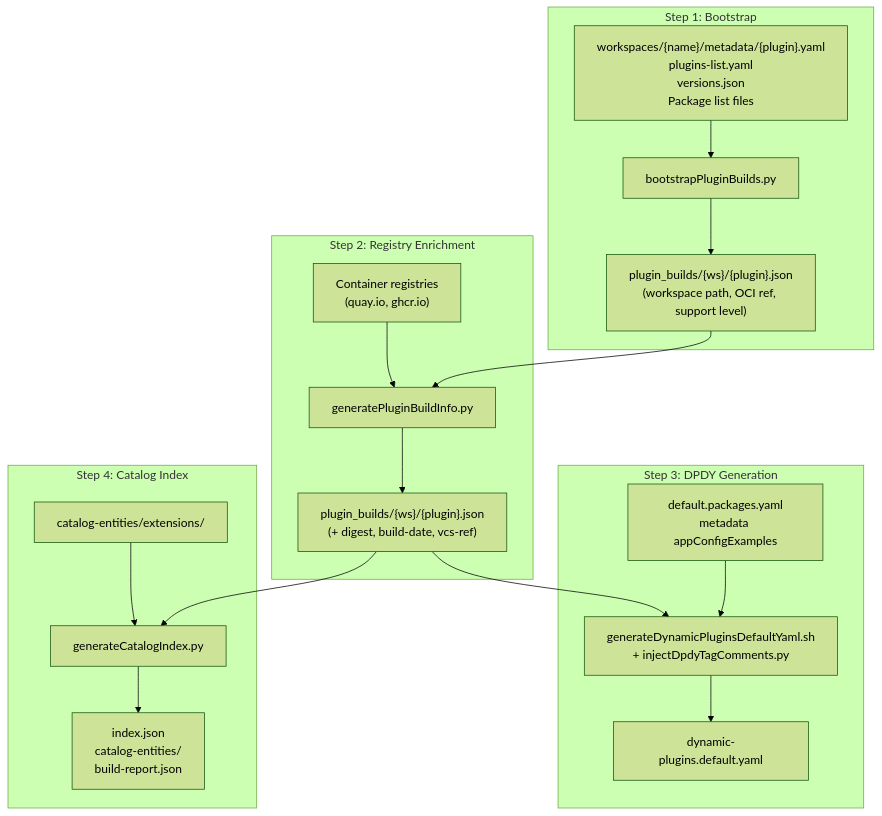
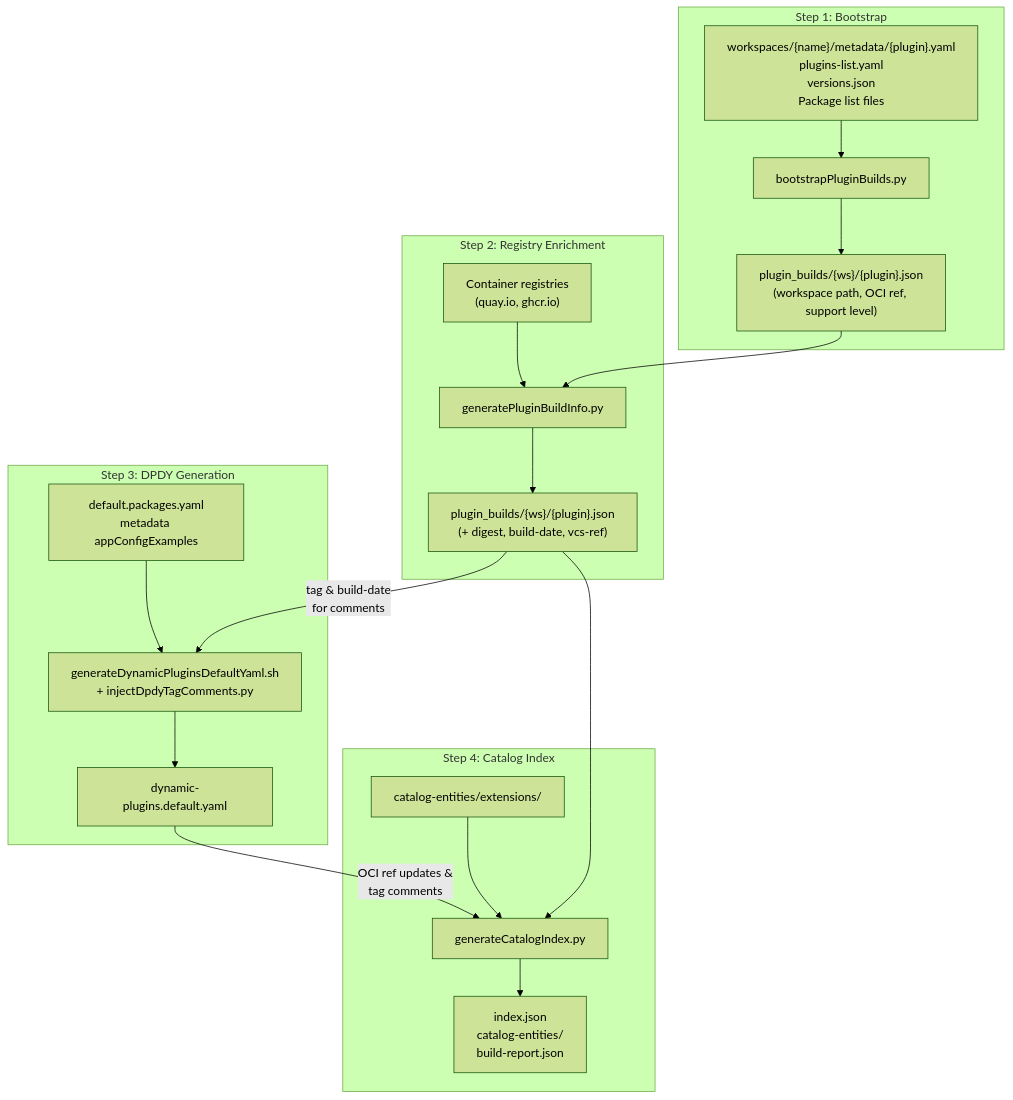
Before and after one commit to redhat-developer/rhdh-plugin-export-overlays: the second of 2 diagrams in user-guide/07-plugin-catalog-index.md, drawn with Mermaid (forest theme). The commit also changed other lines of this file, not shown here.

Commit message:
chore: update wiki with more details about DPDY generation

rh-pre-commit.version: 2.3.2
rh-pre-commit.check-secrets: ENABLED

````diff
--- a/user-guide/07-plugin-catalog-index.md
+++ b/user-guide/07-plugin-catalog-index.md
@@ -53,34 +53,35 @@
 ```mermaid
 flowchart TB
     subgraph "Step 1: Bootstrap"
         S1_IN["workspaces/{name}/metadata/{plugin}.yaml<br/>plugins-list.yaml<br/>versions.json<br/>Package list files"]
         S1["bootstrapPluginBuilds.py"]
         S1_OUT["plugin_builds/{ws}/{plugin}.json<br/>(workspace path, OCI ref, support level)"]
         S1_IN --> S1 --> S1_OUT
     end
 
     subgraph "Step 2: Registry Enrichment"
         S2["generatePluginBuildInfo.py"]
         S2_OUT["plugin_builds/{ws}/{plugin}.json<br/>(+ digest, build-date, vcs-ref)"]
         S1_OUT --> S2
         REG["Container registries<br/>(quay.io, ghcr.io)"] --> S2
         S2 --> S2_OUT
     end
 
     subgraph "Step 3: DPDY Generation"
         S3_IN["default.packages.yaml<br/>metadata appConfigExamples"]
         S3["generateDynamicPluginsDefaultYaml.sh<br/>+ injectDpdyTagComments.py"]
         S3_OUT["dynamic-plugins.default.yaml"]
         S3_IN --> S3
-        S2_OUT --> S3
+        S2_OUT -- "tag & build-date<br/>for comments" --> S3
         S3 --> S3_OUT
     end
 
     subgraph "Step 4: Catalog Index"
         S4["generateCatalogIndex.py"]
         S4_OUT["index.json<br/>catalog-entities/<br/>build-report.json"]
         S2_OUT --> S4
+        S3_OUT -- "OCI ref updates &<br/>tag comments" --> S4
         CATS2["catalog-entities/extensions/"] --> S4
         S4 --> S4_OUT
     end
 ```
````
